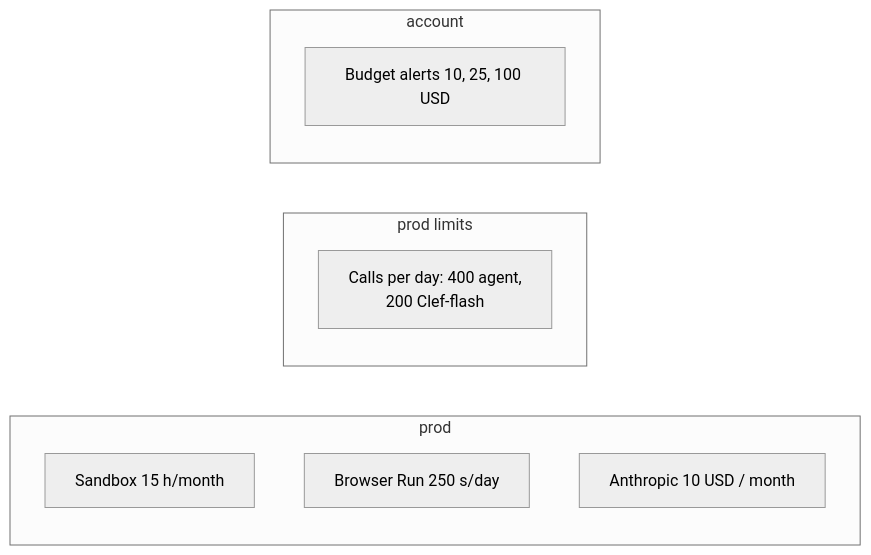
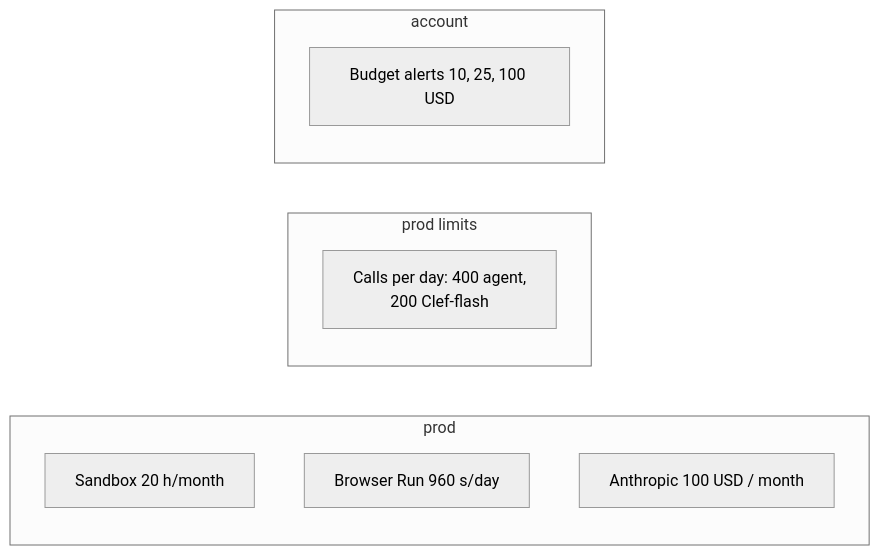
One commit to nsudhanva/rhumbatron changed the second of 2 diagrams in docs/operations/costs.md. Above: the diagram before and after it, drawn with Mermaid (neutral theme). The commit also changed other lines of this file and 21 other files, not shown here.

Commit message:
feat(terraform): raise prod caps to 80% of the included allowance and anthropic to 100 usd

````diff
--- a/docs/operations/costs.md
+++ b/docs/operations/costs.md
@@ -46,14 +46,14 @@
 ```mermaid
 flowchart LR
   subgraph prod[prod]
-    ps[Sandbox 15 h/month]
-    pb[Browser Run 250 s/day]
-    pv[Anthropic 10 USD / month]
+    ps[Sandbox 20 h/month]
+    pb[Browser Run 960 s/day]
+    pv[Anthropic 100 USD / month]
   end
   subgraph each[prod limits]
     ac[Calls per day: 400 agent,<br/>200 Clef-flash]
   end
   subgraph account[account]
     ab[Budget alerts 10, 25, 100 USD]
   end
 ```
````
